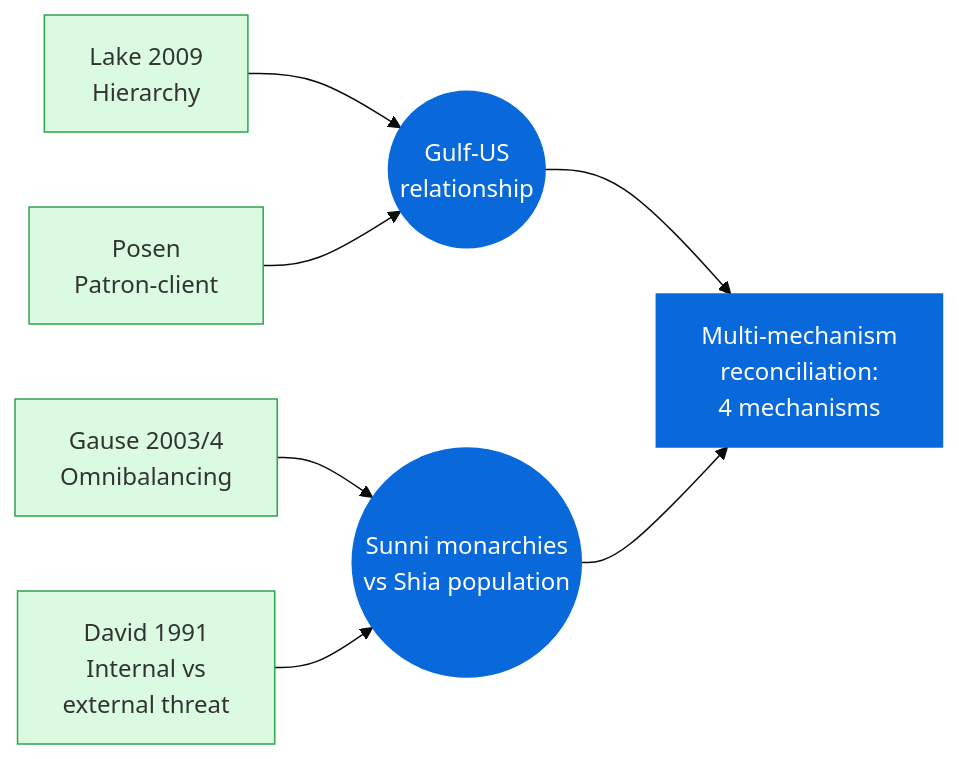
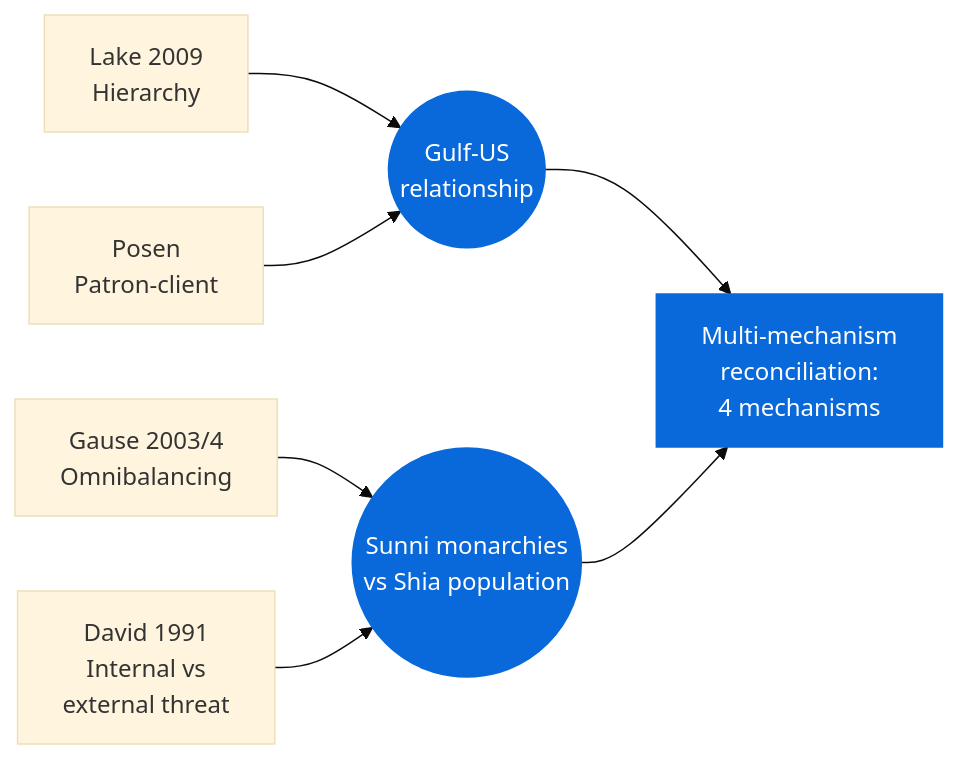
One commit to Owc1272/game-theory-2026-iran-war changed the third of 5 diagrams in analyses/q12-4-gulf-paradox.qmd. Above: the diagram before and after it, drawn with Mermaid (base theme). The commit also changed other lines of this file and 5 other files, not shown here.

Commit message:
Mermaid SVG nodes as gloss triggers: F (Stage 2), L/P/G/D (Stage 3), Ibish I + M1 (Stage 4); add 7th gloss entry for Ibish post-war retaliation risk

````diff
--- a/analyses/q12-4-gulf-paradox.qmd
+++ b/analyses/q12-4-gulf-paradox.qmd
@@ -93,17 +94,20 @@
 ```{mermaid}
 flowchart LR
   L[Lake 2009<br/>Hierarchy]
   P[Posen<br/>Patron-client]
   G[Gause 2003/4<br/>Omnibalancing]
   D[David 1991<br/>Internal vs<br/>external threat]
   L --> X((Gulf-US<br/>relationship))
   P --> X
   G --> Y((Sunni monarchies<br/>vs Shia population))
   D --> Y
   X --> Z[Multi-mechanism<br/>reconciliation:<br/>4 mechanisms]
   Y --> Z
   classDef th fill:#dafbe1,stroke:#2da44e
   classDef sy fill:#0969da,color:#fff,stroke:#0969da
-  class L,P,G,D th
+  classDef gt-gloss-lake-hierarchy stroke-dasharray:0
+  classDef gt-gloss-omnibalancing stroke-dasharray:0
+  class L,P th,gt-gloss-lake-hierarchy
+  class G,D th,gt-gloss-omnibalancing
   class X,Y,Z sy
 ```
````
